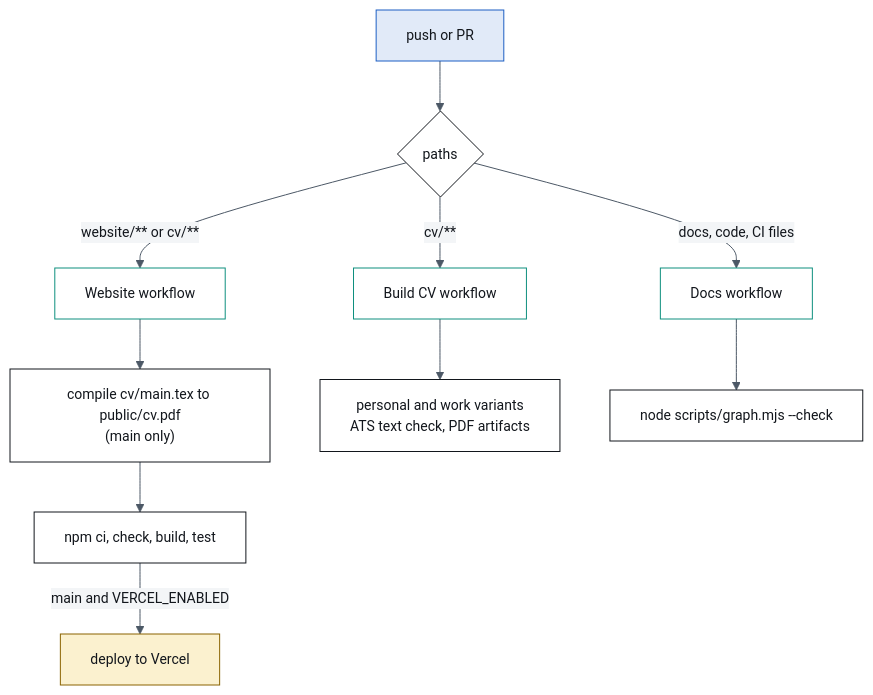
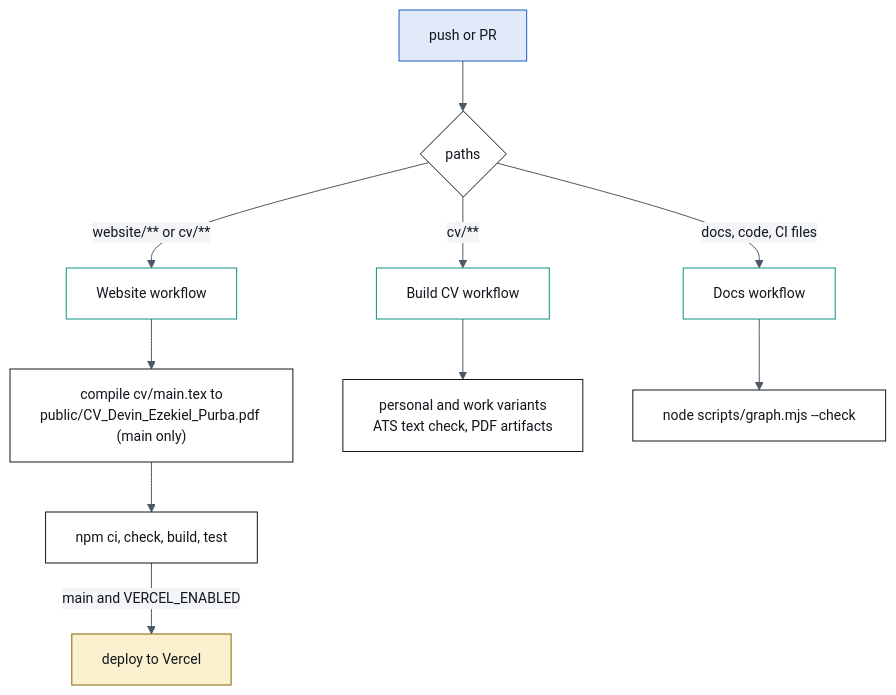
One commit to DvEz373/dvez373.github.io changed the diagram in docs/project/architecture.md. Above: the diagram before and after it, drawn with Mermaid. The commit also changed other lines of this file and 23 other files, not shown here.

First line of the commit message:
Serve the CV as CV_Devin_Ezekiel_Purba.pdf (#20)

````diff
--- a/docs/project/architecture.md
+++ b/docs/project/architecture.md
@@ -40,16 +40,16 @@
 ```mermaid
 %%{init: {"theme": "base", "themeVariables": {"fontSize": "14px", "primaryColor": "#ffffff", "primaryTextColor": "#12161c", "primaryBorderColor": "#12161c", "lineColor": "#4c5866", "secondaryColor": "#f3f5f7", "tertiaryColor": "#f3f5f7", "clusterBkg": "#f3f5f7", "clusterBorder": "#aeb8c3", "edgeLabelBackground": "#f3f5f7"}}}%%
 flowchart TB
   classDef code fill:#e1eaf8,stroke:#1d5fc4,color:#12161c
   classDef check fill:#ffffff,stroke:#0e8f7e,color:#12161c
   classDef out fill:#fbf1cf,stroke:#8a6300,color:#12161c
   PUSH[push or PR]:::code --> W{paths}
   W -->|"website/** or cv/**"| WEB[Website workflow]:::check
   W -->|"cv/**"| CVW[Build CV workflow]:::check
   W -->|"docs, code, CI files"| DOCS[Docs workflow]:::check
-  WEB --> C1["compile cv/main.tex to public/cv.pdf<br/>(main only)"]
+  WEB --> C1["compile cv/main.tex to<br/>public/CV_Devin_Ezekiel_Purba.pdf (main only)"]
   C1 --> C2["npm ci, check, build, test"]
   C2 -->|"main and VERCEL_ENABLED"| DEP[deploy to Vercel]:::out
   CVW --> V1["personal and work variants<br/>ATS text check, PDF artifacts"]
   DOCS --> G["node scripts/graph.mjs --check"]
 ```
````
